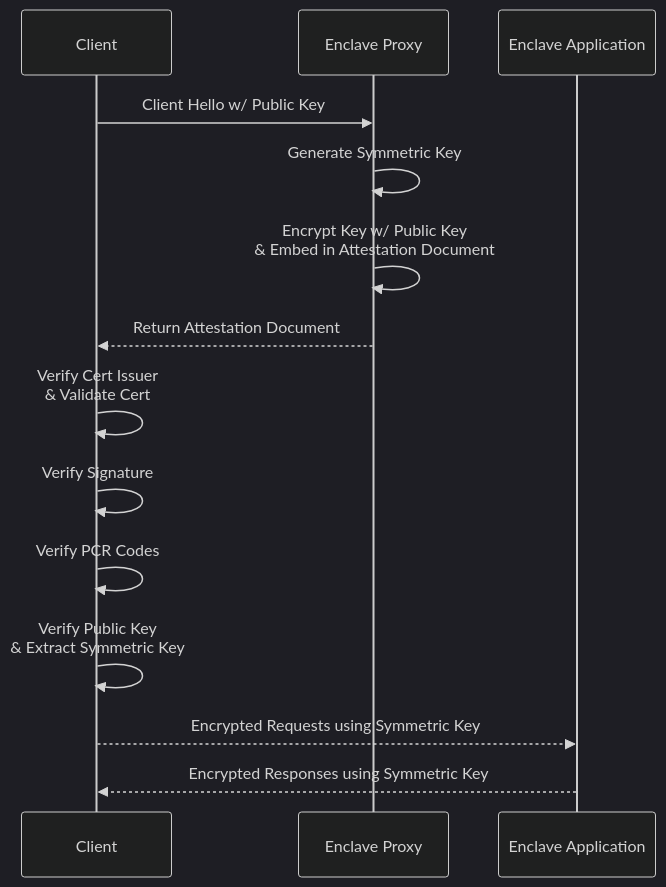
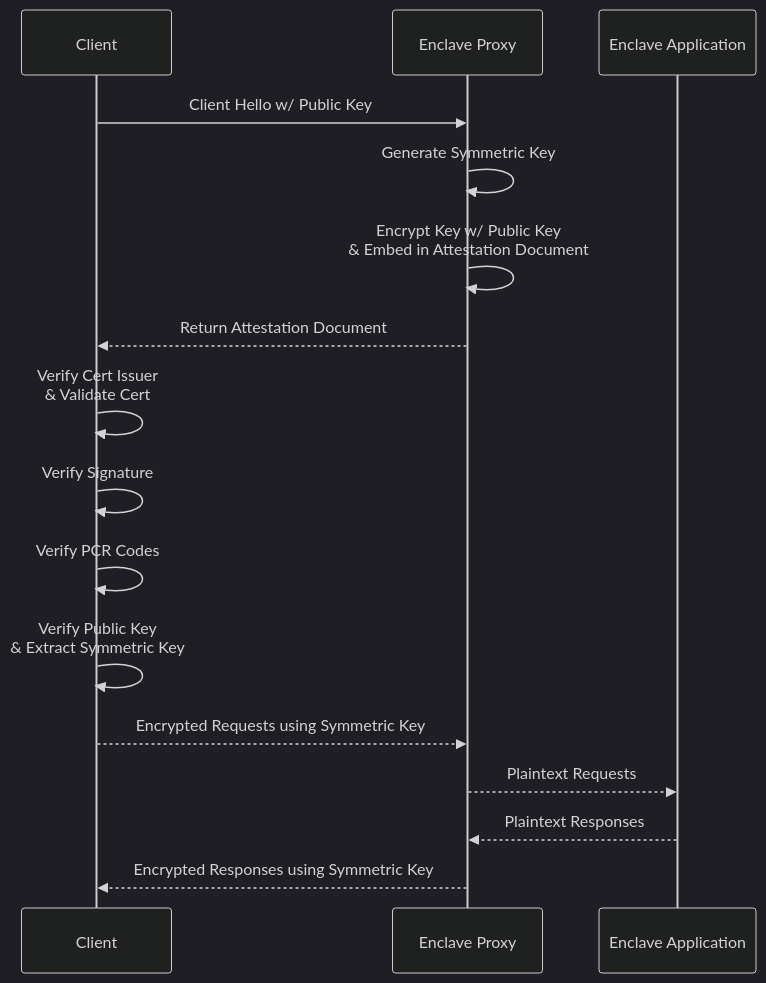
Before and after one commit to ObliviousAI/enclave_workshops: the first of 2 diagrams in workshops/1_Enclave_Fundamentals/README.md, drawn with Mermaid (dark theme).

````diff
--- a/workshops/1_Enclave_Fundamentals/README.md
+++ b/workshops/1_Enclave_Fundamentals/README.md
@@ -49,17 +49,19 @@
 ```mermaid
 sequenceDiagram;
     participant Client
     participant Enclave Proxy
     participant Enclave Application
     Client->>Enclave Proxy: Client Hello w/ Public Key
     Enclave Proxy->>Enclave Proxy: Generate Symmetric Key
     Enclave Proxy->>Enclave Proxy: Encrypt Key w/ Public Key <br/> & Embed in Attestation Document 
     Enclave Proxy-->>Client: Return Attestation Document
     Client->>Client: Verify Cert Issuer <br/> & Validate Cert
     Client->>Client: Verify Signature
     Client->>Client: Verify PCR Codes
     Client->>Client: Verify Public Key <br/> & Extract Symmetric Key
-    Client-->>Enclave Application: Encrypted Requests using Symmetric Key
-    Enclave Application-->>Client: Encrypted Responses using Symmetric Key
+    Client-->>Enclave Proxy: Encrypted Requests using Symmetric Key
+    Enclave Proxy-->>Enclave Application: Plaintext Requests
+    Enclave Application-->>Enclave Proxy: Plaintext Responses
+    Enclave Proxy-->>Client: Encrypted Responses using Symmetric Key
 
 ```
````
